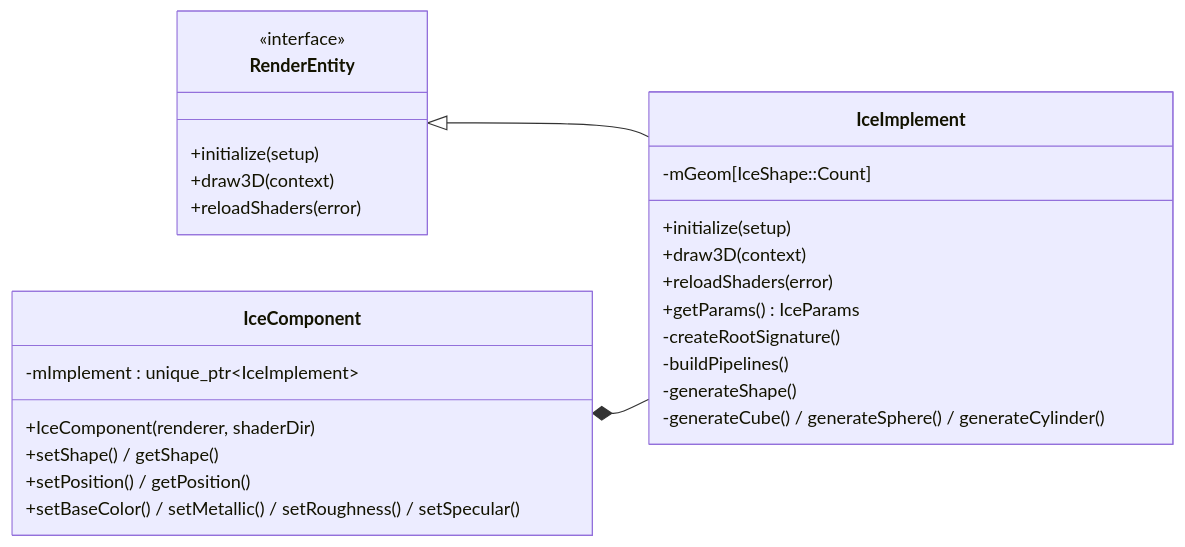
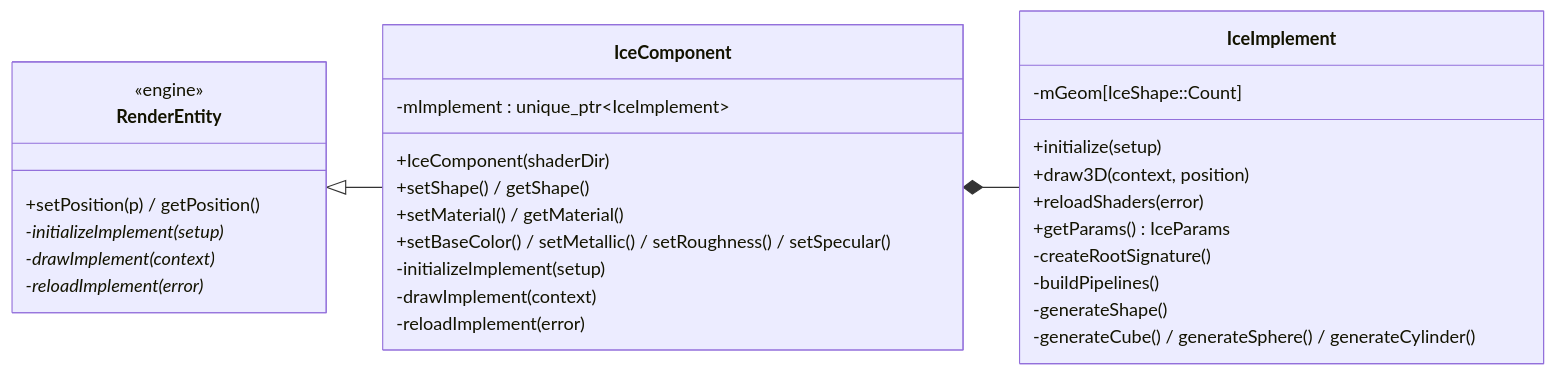
Before and after one commit to HayatoOtsuki/Test: the first of 2 diagrams in docs/03-ice-component.md, drawn with Mermaid. The commit also changed other lines of this file and 2 other files, not shown here.

First line of the commit message:
docs: describe IceComponent as a RenderEntity with a Material

````diff
--- a/docs/03-ice-component.md
+++ b/docs/03-ice-component.md
@@ -12,30 +12,34 @@
 ```mermaid
 classDiagram
     direction LR
     class RenderEntity {
-        <<interface>>
-        +initialize(setup)
-        +draw3D(context)
-        +reloadShaders(error)
+        <<engine>>
+        +setPosition(p) / getPosition()
+        -initializeImplement(setup)*
+        -drawImplement(context)*
+        -reloadImplement(error)*
     }
     class IceComponent {
-        +IceComponent(renderer, shaderDir)
+        +IceComponent(shaderDir)
         +setShape() / getShape()
-        +setPosition() / getPosition()
+        +setMaterial() / getMaterial()
         +setBaseColor() / setMetallic() / setRoughness() / setSpecular()
+        -initializeImplement(setup)
+        -drawImplement(context)
+        -reloadImplement(error)
         -mImplement : unique_ptr~IceImplement~
     }
     class IceImplement {
         +initialize(setup)
-        +draw3D(context)
+        +draw3D(context, position)
         +reloadShaders(error)
         +getParams() IceParams
         -createRootSignature()
         -buildPipelines()
         -generateShape()
         -generateCube() / generateSphere() / generateCylinder()
         -mGeom[IceShape::Count]
     }
-    RenderEntity <|-- IceImplement
+    RenderEntity <|-- IceComponent
     IceComponent *-- IceImplement
 ```
````
